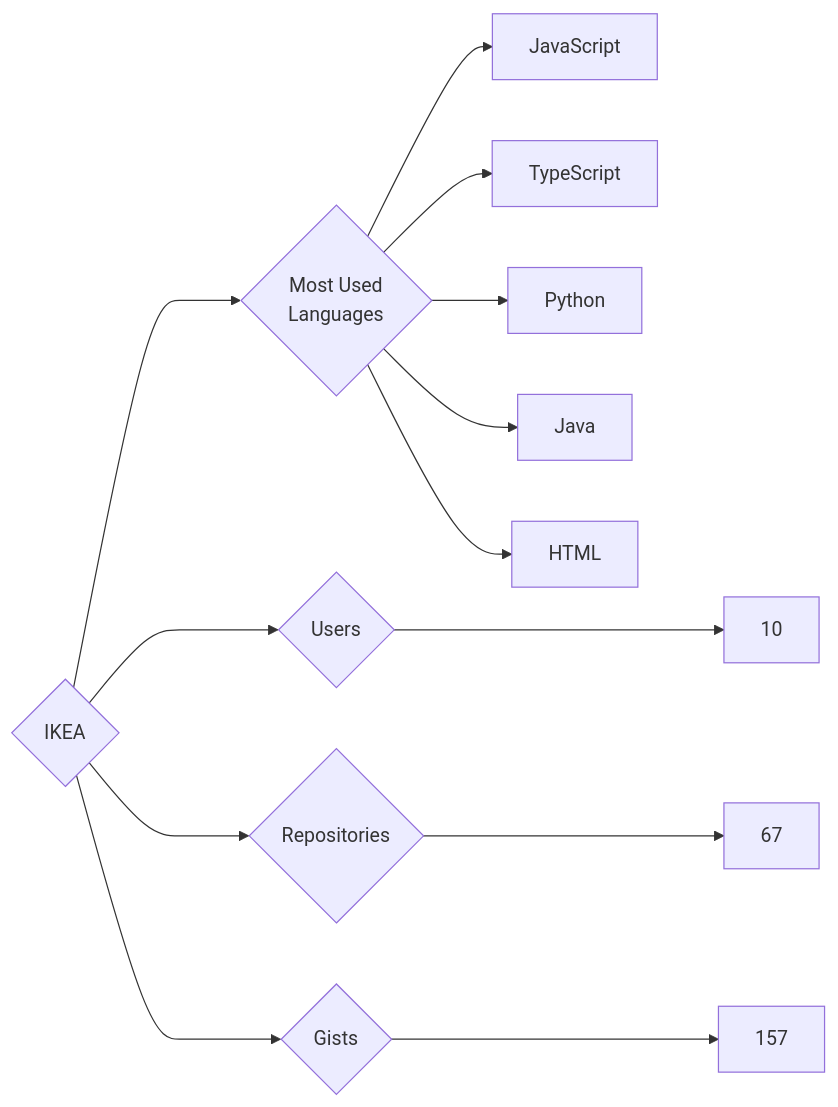
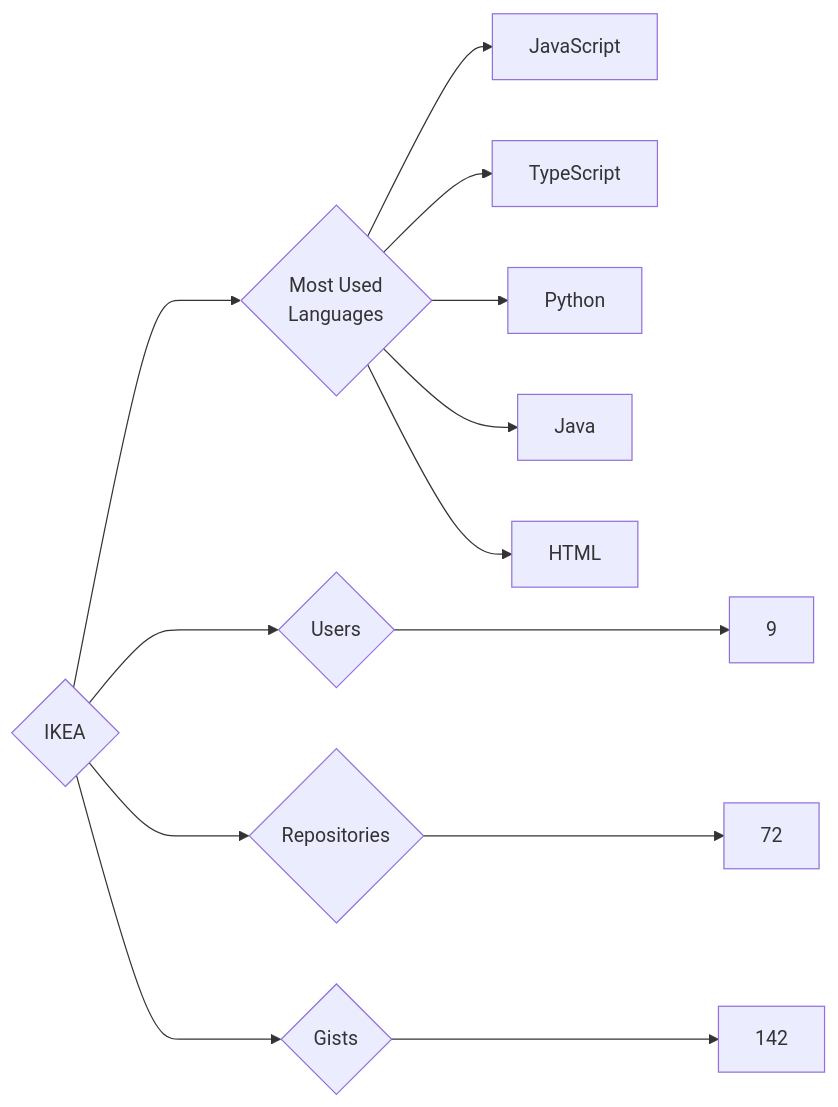
Before and after one commit to trickest/insiders: the diagram in targets/IKEA/README.md, drawn with Mermaid. The commit also changed 965 other files, not shown here.

````diff
--- a/targets/IKEA/README.md
+++ b/targets/IKEA/README.md
@@ -3,13 +3,13 @@
 ```mermaid
 graph LR
 COMPANY_NAME{IKEA}
-COMPANY_NAME ---> U{Users} ---> UN[10]
-COMPANY_NAME ---> R{Repositories} ---> RN[67]
-COMPANY_NAME ---> G{Gists} ---> GN[157]
+COMPANY_NAME ---> U{Users} ---> UN[9]
+COMPANY_NAME ---> R{Repositories} ---> RN[72]
+COMPANY_NAME ---> G{Gists} ---> GN[142]
 COMPANY_NAME ---> ML{Most Used<br>Languages}
 ML --> JavaScript[JavaScript]
 ML --> TypeScript[TypeScript]
 ML --> Python[Python]
 ML --> Java[Java]
 ML --> HTML[HTML]
 ```
````
